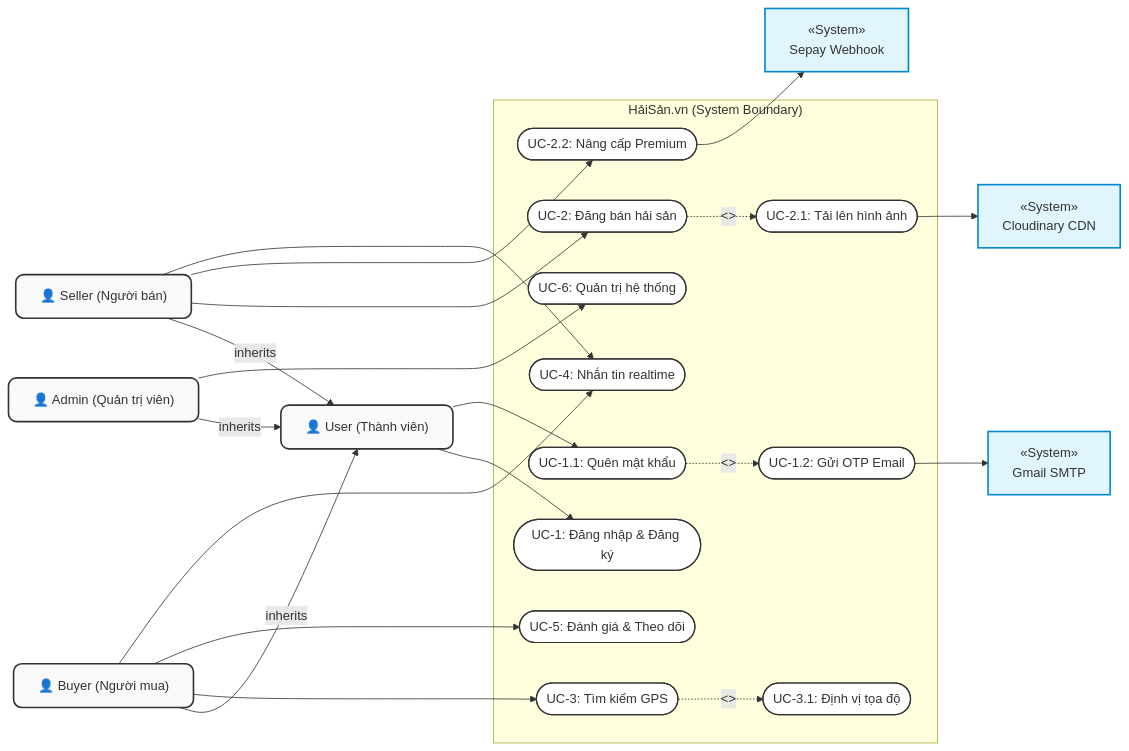
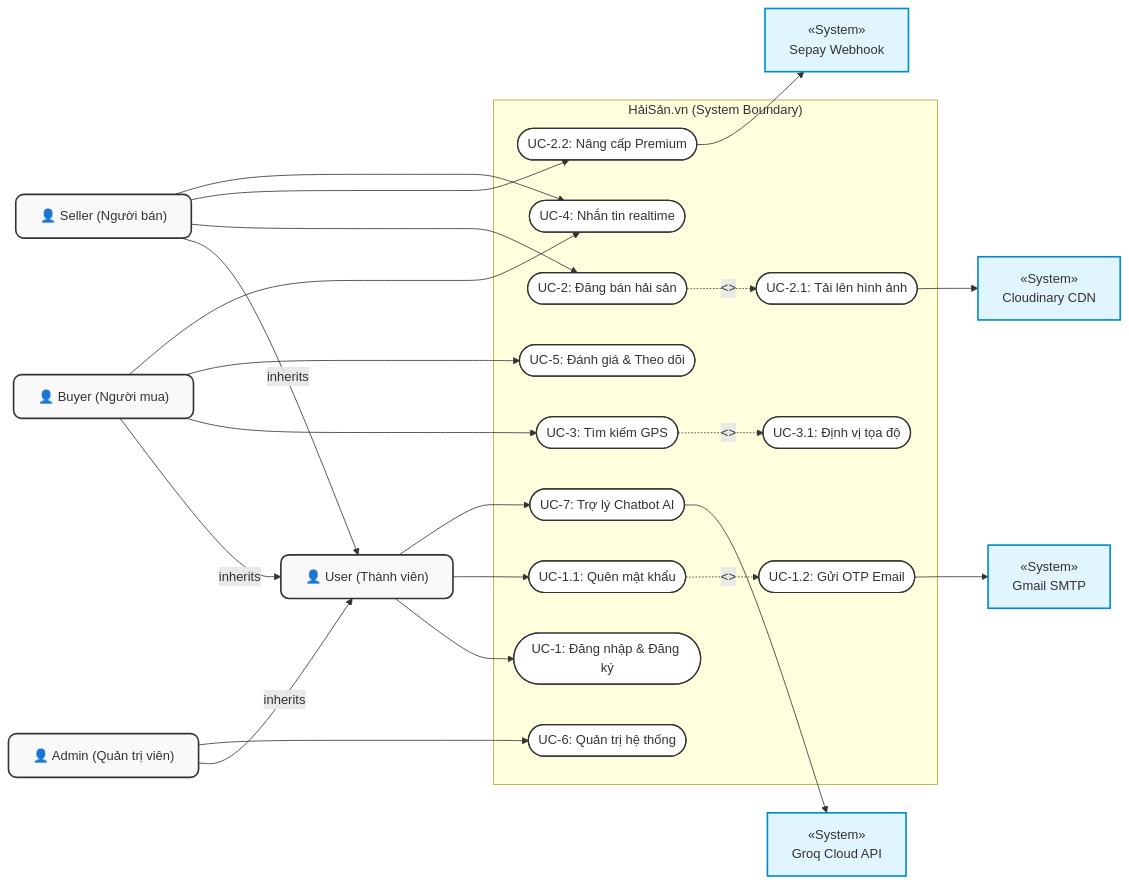
The first of 2 diagrams in docs/MIDTERM_PROGRESS_REPORT_PLAN.md (fptu-se-su26/swp391-su26-ai-audit-project-swp391_se20a04_group-06), drawn with Mermaid before and after one commit. The commit also changed other lines of this file, not shown here.

Commit message:
docs: add Chatbot AI assistant feature to report plan and Use Case diagrams

````diff
--- a/docs/MIDTERM_PROGRESS_REPORT_PLAN.md
+++ b/docs/MIDTERM_PROGRESS_REPORT_PLAN.md
@@ -50,63 +51,67 @@
 ```mermaid
 flowchart LR
     %% Actors definition
     classDef actor fill:#f9f9f9,stroke:#333,stroke-width:2px,rx:10px;
     classDef system fill:#e1f5fe,stroke:#0288d1,stroke-width:2px;
     classDef usecase fill:#fff,stroke:#333,stroke-width:1.5px,rx:30px;
 
     User["👤 User (Thành viên)"]:::actor
     Buyer["👤 Buyer (Người mua)"]:::actor
     Seller["👤 Seller (Người bán)"]:::actor
     Admin["👤 Admin (Quản trị viên)"]:::actor
     
     Sepay["«System»\nSepay Webhook"]:::system
     Cloudinary["«System»\nCloudinary CDN"]:::system
     EmailSys["«System»\nGmail SMTP"]:::system
 
     %% Generalization (Kế thừa actor)
     Buyer -- inherits --> User
     Seller -- inherits --> User
     Admin -- inherits --> User
 
     subgraph SystemBoundary ["HảiSản.vn (System Boundary)"]
         UC_Auth([UC-1: Đăng nhập & Đăng ký]):::usecase
         UC_Forgot([UC-1.1: Quên mật khẩu]):::usecase
         UC_SendOTP([UC-1.2: Gửi OTP Email]):::usecase
         
         UC_CreateProduct([UC-2: Đăng bán hải sản]):::usecase
         UC_UploadImg([UC-2.1: Tải lên hình ảnh]):::usecase
         UC_UpgradePremium([UC-2.2: Nâng cấp Premium]):::usecase
         
         UC_Explore([UC-3: Tìm kiếm GPS]):::usecase
         UC_VerifyGPS([UC-3.1: Định vị tọa độ]):::usecase
         
         UC_Chat([UC-4: Nhắn tin realtime]):::usecase
         UC_Review([UC-5: Đánh giá & Theo dõi]):::usecase
         UC_Admin([UC-6: Quản trị hệ thống]):::usecase
+        UC_Chatbot([UC-7: Trợ lý Chatbot AI]):::usecase
     end
 
     %% Links between Actors and Use Cases
     User --> UC_Auth
     User --> UC_Forgot
+    User --> UC_Chatbot
     
     Buyer --> UC_Explore
     Buyer --> UC_Review
     
     Seller --> UC_CreateProduct
     Seller --> UC_UpgradePremium
     
     Buyer --> UC_Chat
     Seller --> UC_Chat
     
     Admin --> UC_Admin
 
     %% Include / Extend relationships
     UC_Forgot -. "<<include>>" .-> UC_SendOTP
     UC_CreateProduct -. "<<include>>" .-> UC_UploadImg
     UC_Explore -. "<<include>>" .-> UC_VerifyGPS
     
     %% Connections to external systems
+    GroqSys["«System»\nGroq Cloud API"]:::system
     UC_SendOTP --> EmailSys
     UC_UploadImg --> Cloudinary
     UC_UpgradePremium --> Sepay
+    UC_Chatbot --> GroqSys
 ```
````
